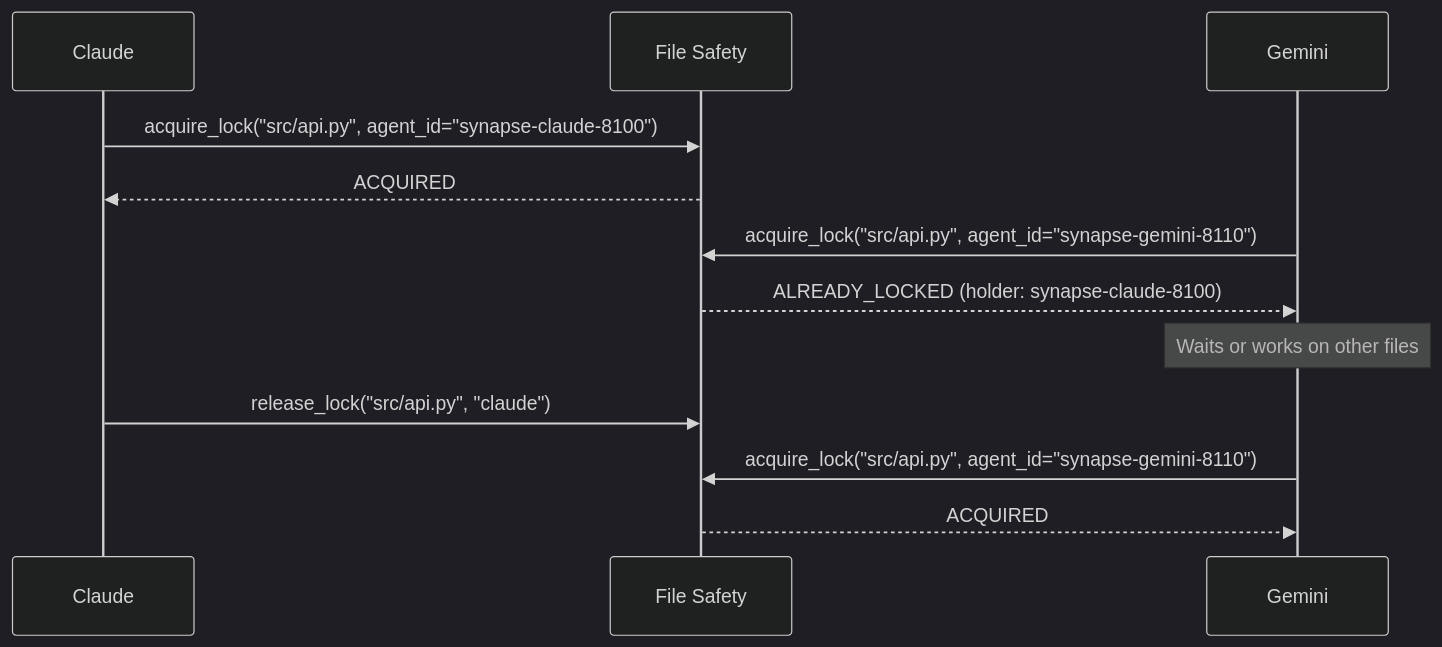
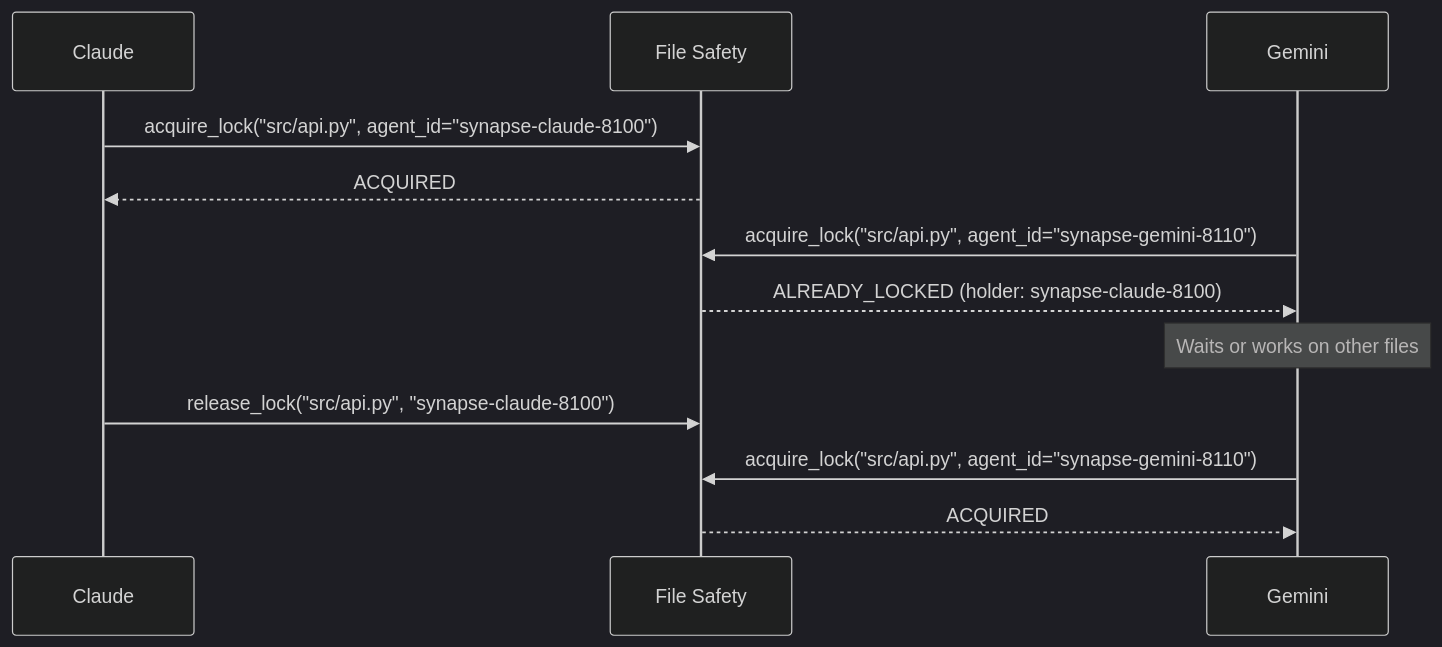
One commit to s-hiraoku/synapse-a2a changed the first of 2 diagrams in site-docs/guide/file-safety.md. Above: the diagram before and after it, drawn with Mermaid (dark theme). The commit also changed 1 other file, not shown here.

Commit message:
fix: address review round 4 — webhook schemas match implementation
- webhooks.md: Align payload schemas with actual _dispatch_task_event calls:
  - task.completed/canceled only emit data.task_id (removed fictional fields)
  - task.failed emits data.task_id + data.error (removed fictional fields)
  - task.created marked as reserved (not currently emitted)
  - All schemas use data.* field paths (matching envelope structure)
  - Added event_id to all schema tables
  - Retry conditions updated: any non-2xx except 4xx triggers retry
    (including 3xx), matching actual code logic
- file-safety.md: Fix release_lock in sequence diagram to use same
  identifier as acquire_lock ("synapse-claude-8100")

````diff
--- a/site-docs/guide/file-safety.md
+++ b/site-docs/guide/file-safety.md
@@ -169,15 +169,15 @@
 ```mermaid
 sequenceDiagram
     participant Claude
     participant FS as File Safety
     participant Gemini
 
     Claude->>FS: acquire_lock("src/api.py", agent_id="synapse-claude-8100")
     FS-->>Claude: ACQUIRED
     Gemini->>FS: acquire_lock("src/api.py", agent_id="synapse-gemini-8110")
     FS-->>Gemini: ALREADY_LOCKED (holder: synapse-claude-8100)
     Note over Gemini: Waits or works on other files
-    Claude->>FS: release_lock("src/api.py", "claude")
+    Claude->>FS: release_lock("src/api.py", "synapse-claude-8100")
     Gemini->>FS: acquire_lock("src/api.py", agent_id="synapse-gemini-8110")
     FS-->>Gemini: ACQUIRED
 ```
````
